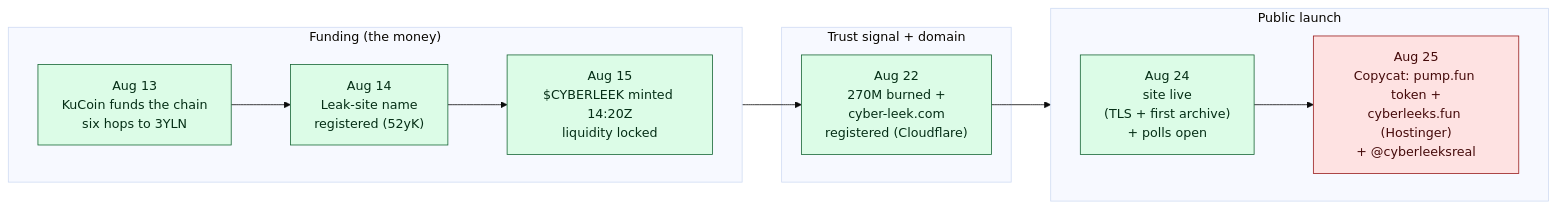
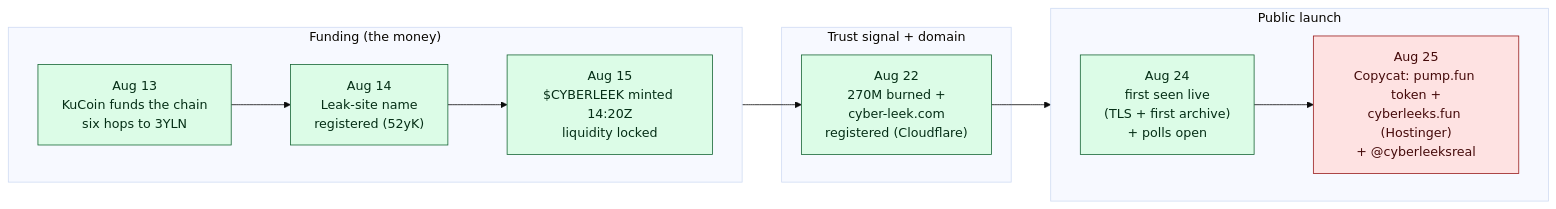
One commit to deepwoodssec/FollowTheLeek changed the diagram in README.md. Above: the diagram before and after it, drawn with Mermaid (base theme). The commit also changed other lines of this file, not shown here.

Commit message:
timeline: 'goes live' -> 'first seen live' (Aug 24 = first proof, domain reg Aug 22)

````diff
--- a/README.md
+++ b/README.md
@@ -73,21 +73,21 @@
 ```mermaid
 flowchart LR
     subgraph FUND["Funding (the money)"]
       direction LR
       A13["Aug 13<br/>KuCoin funds the chain<br/>six hops to 3YLN"] --> A14["Aug 14<br/>Leak-site name<br/>registered (52yK)"] --> A15["Aug 15<br/>$CYBERLEEK minted 14:20Z<br/>liquidity locked"]
     end
     subgraph TRUST["Trust signal + domain"]
       A22["Aug 22<br/>270M burned +<br/>cyber-leek.com<br/>registered (Cloudflare)"]
     end
     subgraph LAUNCH["Public launch"]
       direction LR
-      A24["Aug 24<br/>site live<br/>(TLS + first archive)<br/>+ polls open"] --> A25["Aug 25<br/>Copycat: pump.fun token +<br/>cyberleeks.fun (Hostinger)<br/>+ @cyberleeksreal"]
+      A24["Aug 24<br/>first seen live<br/>(TLS + first archive)<br/>+ polls open"] --> A25["Aug 25<br/>Copycat: pump.fun token +<br/>cyberleeks.fun (Hostinger)<br/>+ @cyberleeksreal"]
     end
     A15 --> A22 --> A24
 
     classDef money fill:#dcfce7,stroke:#166534,color:#052e16;
     classDef persona fill:#fee2e2,stroke:#991b1b,color:#450a0a;
     classDef recon fill:#f3f4f6,stroke:#6b7280,color:#111827;
     class A13,A14,A15,A22,A24 money;
     class A25 persona;
 ```
````
